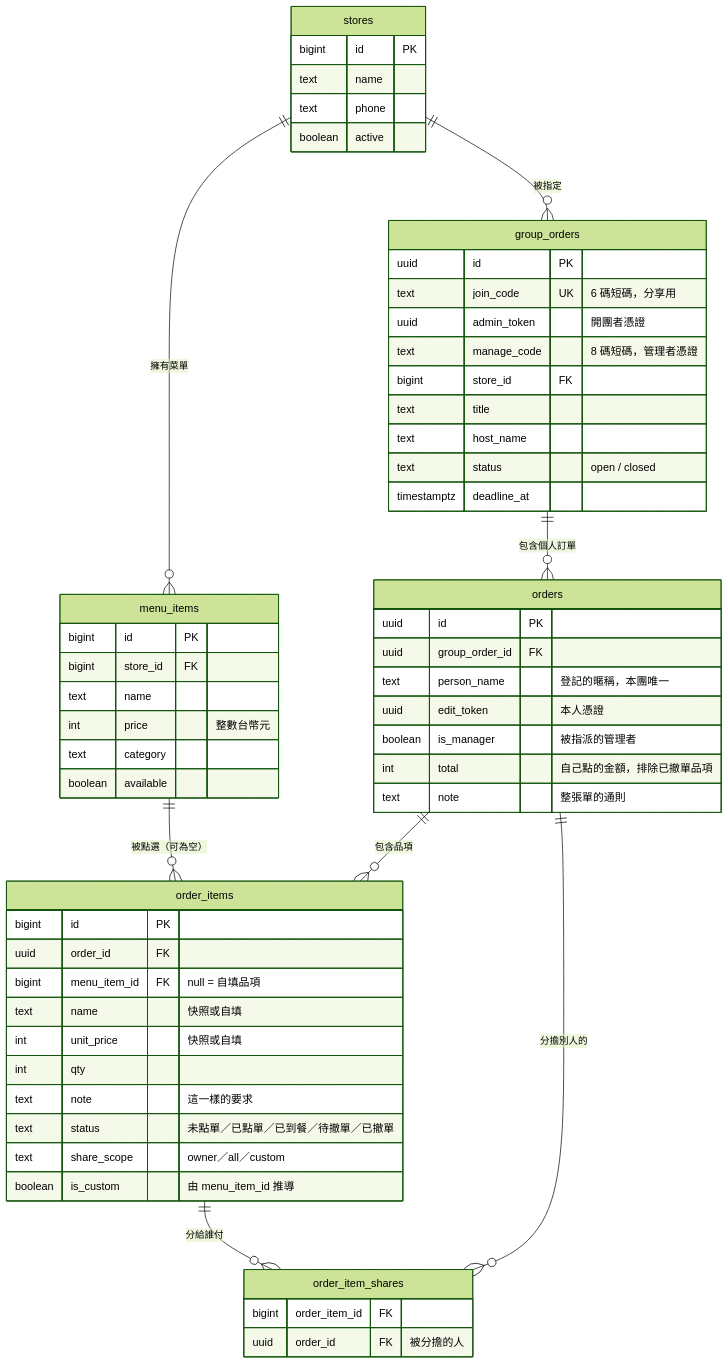
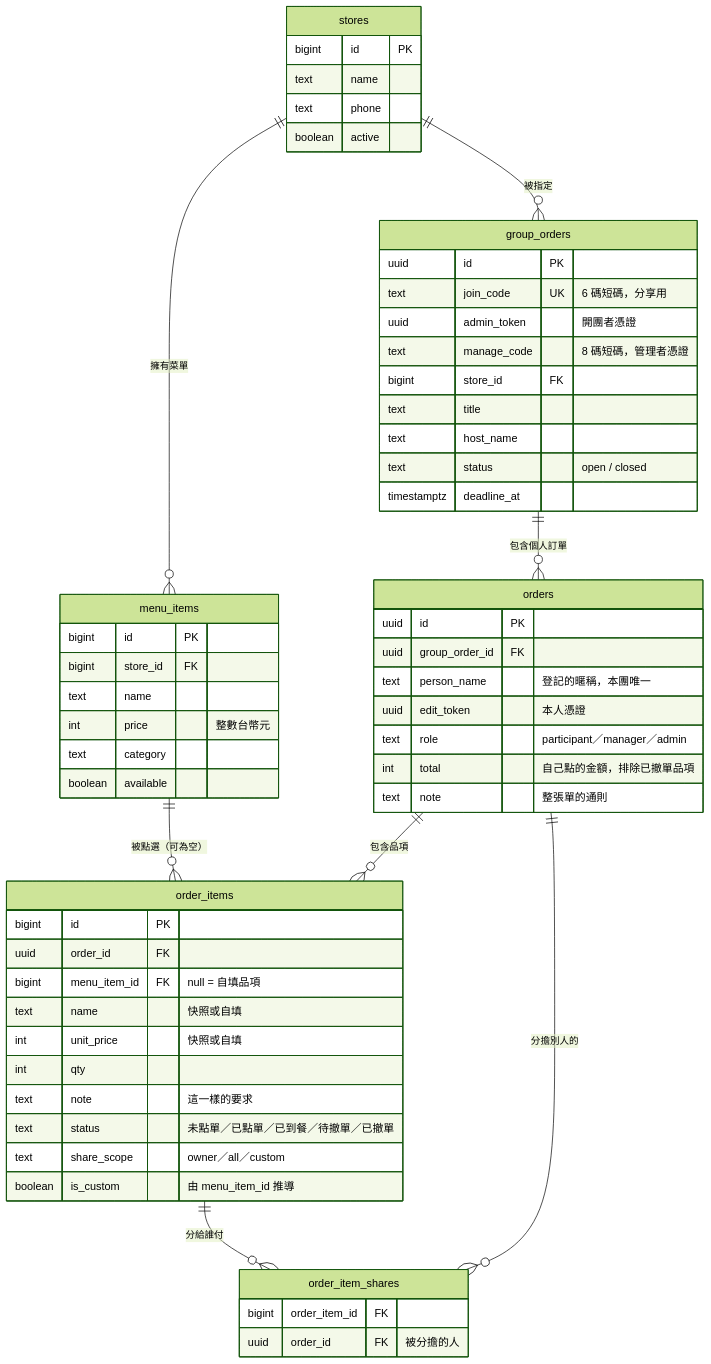
One commit to willy874/ordering-food changed the diagram in docs/ARCHITECTURE.md. Above: the diagram before and after it, drawn with Mermaid (forest theme). The commit also changed other lines of this file and 22 other files, not shown here.

````diff
--- a/docs/ARCHITECTURE.md
+++ b/docs/ARCHITECTURE.md
@@ -43,61 +43,61 @@
 ```mermaid
 erDiagram
     stores       ||--o{ menu_items   : "擁有菜單"
     stores       ||--o{ group_orders : "被指定"
     group_orders ||--o{ orders       : "包含個人訂單"
     orders       ||--o{ order_items  : "包含品項"
     menu_items   ||--o{ order_items  : "被點選（可為空）"
     order_items  ||--o{ order_item_shares : "分給誰付"
     orders       ||--o{ order_item_shares : "分擔別人的"
 
     stores {
         bigint id PK
         text   name
         text   phone
         boolean active
     }
     menu_items {
         bigint id PK
         bigint store_id FK
         text   name
         int    price "整數台幣元"
         text   category
         boolean available
     }
     group_orders {
         uuid   id PK
         text   join_code UK "6 碼短碼，分享用"
         uuid   admin_token "開團者憑證"
         text   manage_code "8 碼短碼，管理者憑證"
         bigint store_id FK
         text   title
         text   host_name
         text   status "open / closed"
         timestamptz deadline_at
     }
     orders {
         uuid   id PK
         uuid   group_order_id FK
         text   person_name "登記的暱稱，本團唯一"
         uuid   edit_token "本人憑證"
-        boolean is_manager "被指派的管理者"
+        text   role "participant／manager／admin"
         int    total "自己點的金額，排除已撤單品項"
         text   note "整張單的通則"
     }
     order_items {
         bigint id PK
         uuid   order_id FK
         bigint menu_item_id FK "null = 自填品項"
         text   name "快照或自填"
         int    unit_price "快照或自填"
         int    qty
         text   note "這一樣的要求"
         text   status "未點單／已點單／已到餐／待撤單／已撤單"
         text   share_scope "owner／all／custom"
         boolean is_custom "由 menu_item_id 推導"
     }
     order_item_shares {
         bigint order_item_id FK
         uuid   order_id FK "被分擔的人"
     }
 ```
````
